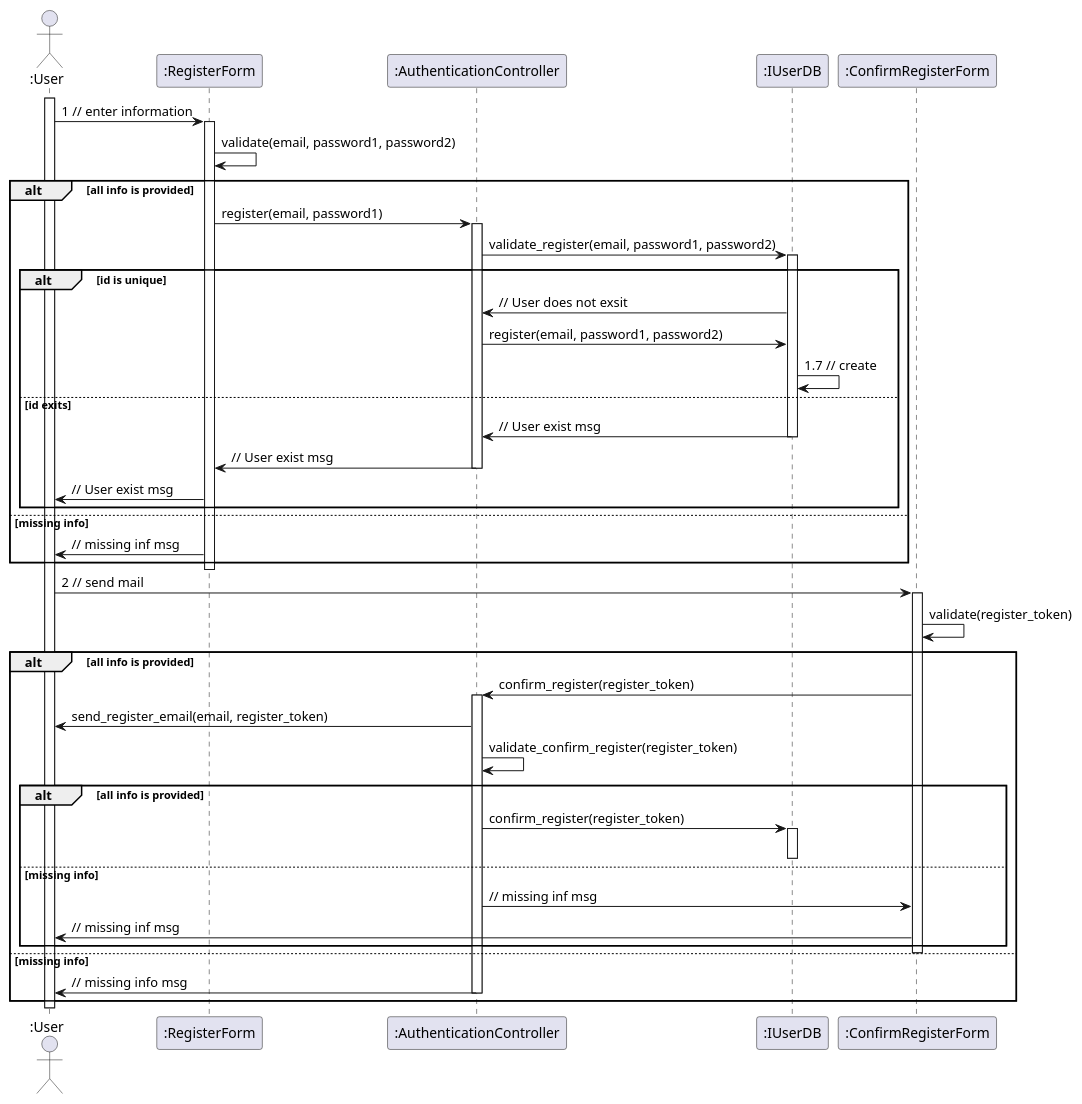
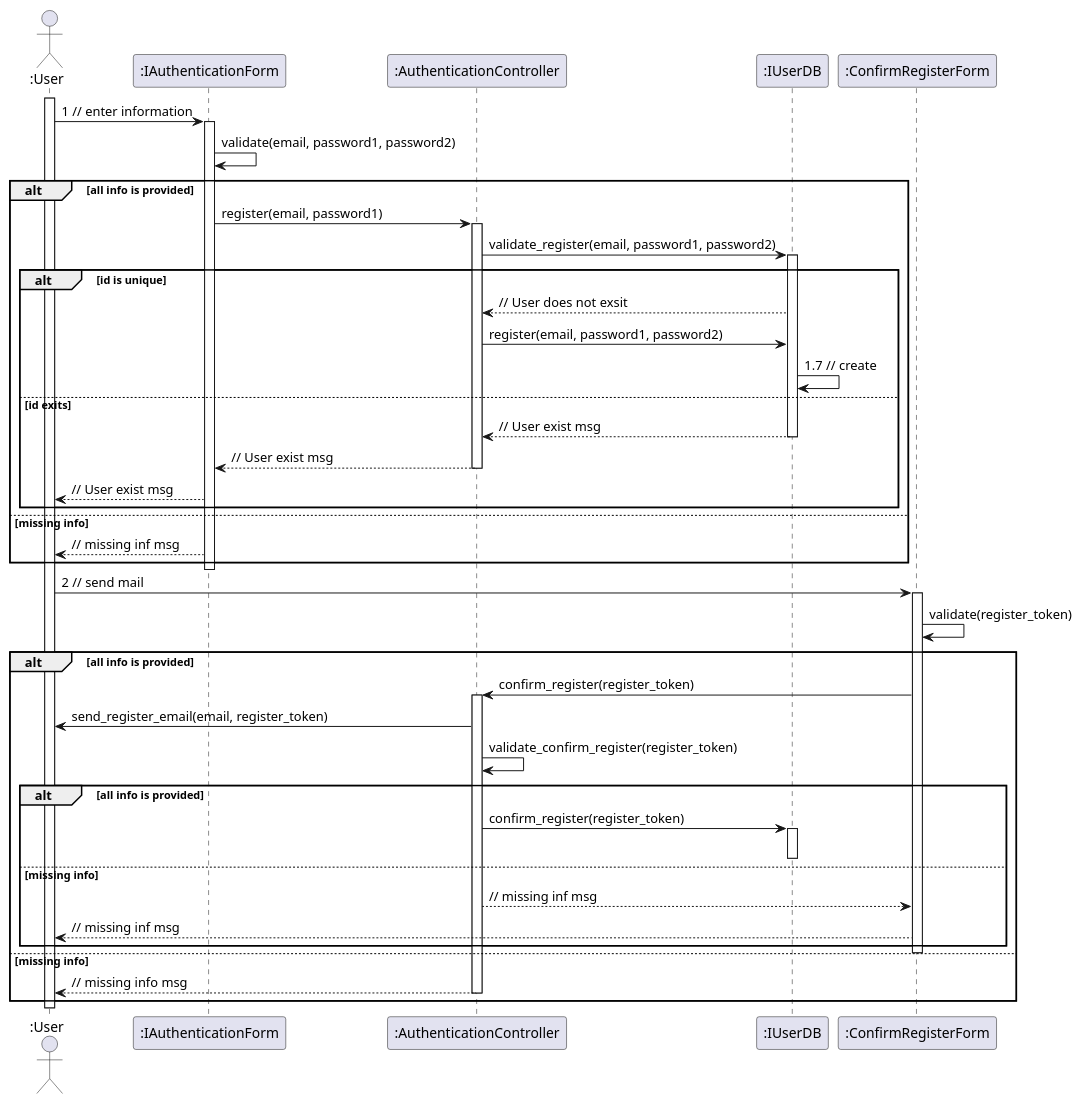
The diagram in sequence - design/authentication/register.plantuml (anonyhostvn/OOAD-Diagram), drawn with PlantUML before and after one commit. The commit also changed 14 other files, not shown here.

Commit message:
sequenceDiagramAuthenticationUpdateFull

```diff
--- a/sequence - design/authentication/register.plantuml
+++ b/sequence - design/authentication/register.plantuml
@@ -1,67 +1,67 @@
 @startuml
 actor ":User"
 
 activate ":User"
-":User" -> ":RegisterForm" : 1 // enter information
-activate ":RegisterForm"
-":RegisterForm" -> ":RegisterForm" : validate(email, password1, password2)
+":User" -> ":IAuthenticationForm" : 1 // enter information
+activate ":IAuthenticationForm"
+":IAuthenticationForm" -> ":IAuthenticationForm" : validate(email, password1, password2)
 
 alt all info is provided
 
-":RegisterForm" -> ":AuthenticationController" : register(email, password1)
+":IAuthenticationForm" -> ":AuthenticationController" : register(email, password1)
 activate ":AuthenticationController"
 ":AuthenticationController" -> ":IUserDB" : validate_register(email, password1, password2)
 activate ":IUserDB"
 
 alt id is unique
 
-":IUserDB" -> ":AuthenticationController" : // User does not exsit
+":IUserDB" --> ":AuthenticationController" : // User does not exsit
 ":AuthenticationController" -> ":IUserDB" : register(email, password1, password2)
 ":IUserDB" -> ":IUserDB" : 1.7 // create
 
 else id exits
 
-":IUserDB" -> ":AuthenticationController" : // User exist msg
+":IUserDB" --> ":AuthenticationController" : // User exist msg
 deactivate ":IUserDB"
-":AuthenticationController" -> ":RegisterForm" : // User exist msg
+":AuthenticationController" --> ":IAuthenticationForm" : // User exist msg
 deactivate ":AuthenticationController"
-":RegisterForm" -> ":User" : // User exist msg
+":IAuthenticationForm" --> ":User" : // User exist msg
 end
 
 else missing info
 
-":RegisterForm" -> ":User" : // missing inf msg
+":IAuthenticationForm" --> ":User" : // missing inf msg
 
 end
-deactivate ":RegisterForm"
+deactivate ":IAuthenticationForm"
 ":User" -> ":ConfirmRegisterForm" : 2 // send mail
 activate ":ConfirmRegisterForm"
 ":ConfirmRegisterForm" -> ":ConfirmRegisterForm" : validate(register_token)
 
 alt all info is provided
 
 ":ConfirmRegisterForm" -> ":AuthenticationController" : confirm_register(register_token)
 activate ":AuthenticationController"
 ":AuthenticationController" -> ":User" : send_register_email(email, register_token)
 ":AuthenticationController" -> ":AuthenticationController" : validate_confirm_register(register_token)
 
 alt all info is provided
 
 ":AuthenticationController" -> ":IUserDB" : confirm_register(register_token)
 activate ":IUserDB"
 deactivate ":IUserDB"
 else missing info
 
-":AuthenticationController" -> ":ConfirmRegisterForm" : // missing inf msg
-":ConfirmRegisterForm" -> ":User" : // missing inf msg
+":AuthenticationController" --> ":ConfirmRegisterForm" : // missing inf msg
+":ConfirmRegisterForm" --> ":User" : // missing inf msg
 
 end
 deactivate ":ConfirmRegisterForm"
 
 else missing info
 
-":AuthenticationController" -> ":User" : // missing info msg
+":AuthenticationController" --> ":User" : // missing info msg
 deactivate ":AuthenticationController"
 end
 deactivate ":User"
 @enduml
```
